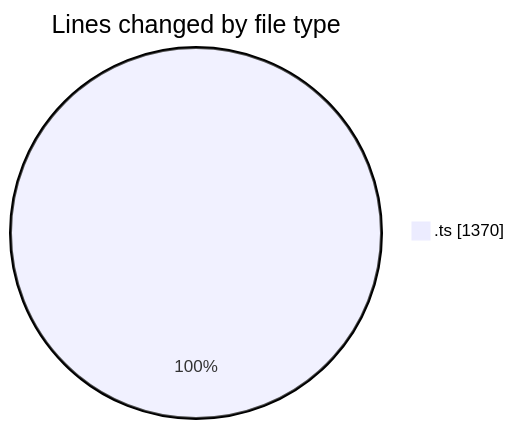
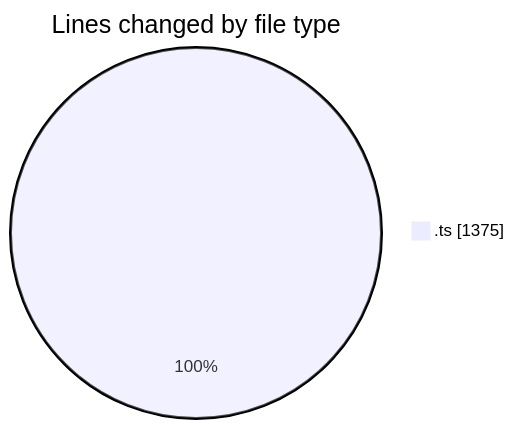
One commit to tmsrecording-cyber/code-tracking changed the first of 2 diagrams in 2026-02-07/singularitybrainai/README.md. Above: the diagram before and after it, drawn with Mermaid. The commit also changed other lines of this file and 1 other file, not shown here.

````diff
--- a/2026-02-07/singularitybrainai/README.md
+++ b/2026-02-07/singularitybrainai/README.md
@@ -22,5 +22,5 @@
 ```mermaid
 pie showData
 title Lines changed by file type
-".ts" : 1370
+".ts" : 1375
 ```
````
